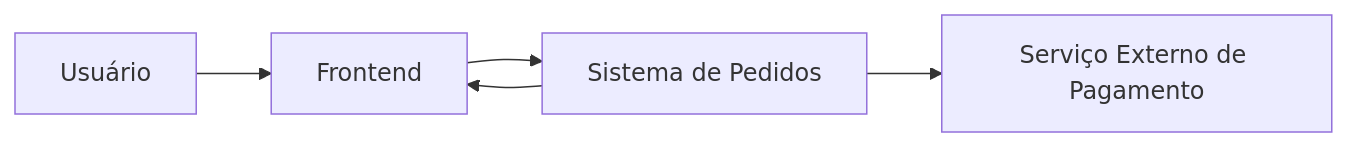
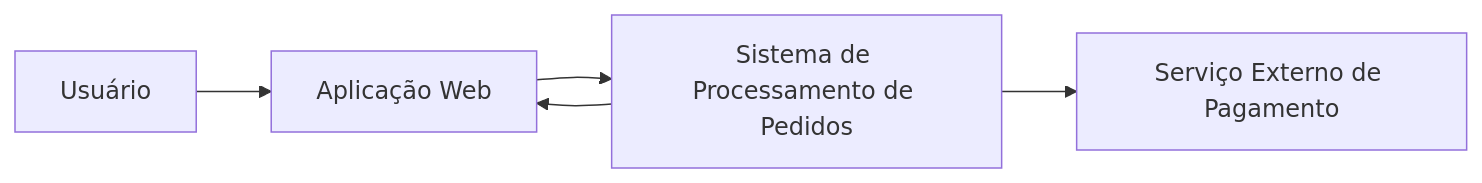
Before and after one commit to victorgianvechio/microservices-demo: the diagram in docs/architecture/c4-context.md, drawn with Mermaid. The commit also changed 1 other file, not shown here.

Commit message:
adicionado c4-component

````diff
--- a/docs/architecture/c4-context.md
+++ b/docs/architecture/c4-context.md
@@ -9,19 +9,19 @@
 ```mermaid
 flowchart LR
 
 User[Usuário]
 
-Frontend[Frontend]
+Frontend[Aplicação Web]
 
-System[Sistema de Pedidos]
+System[Sistema de Processamento de Pedidos]
 
 PaymentExt[Serviço Externo de Pagamento]
 
 User --> Frontend
 
 Frontend --> System
 
 System --> PaymentExt
 
 System --> Frontend
 ```
````
